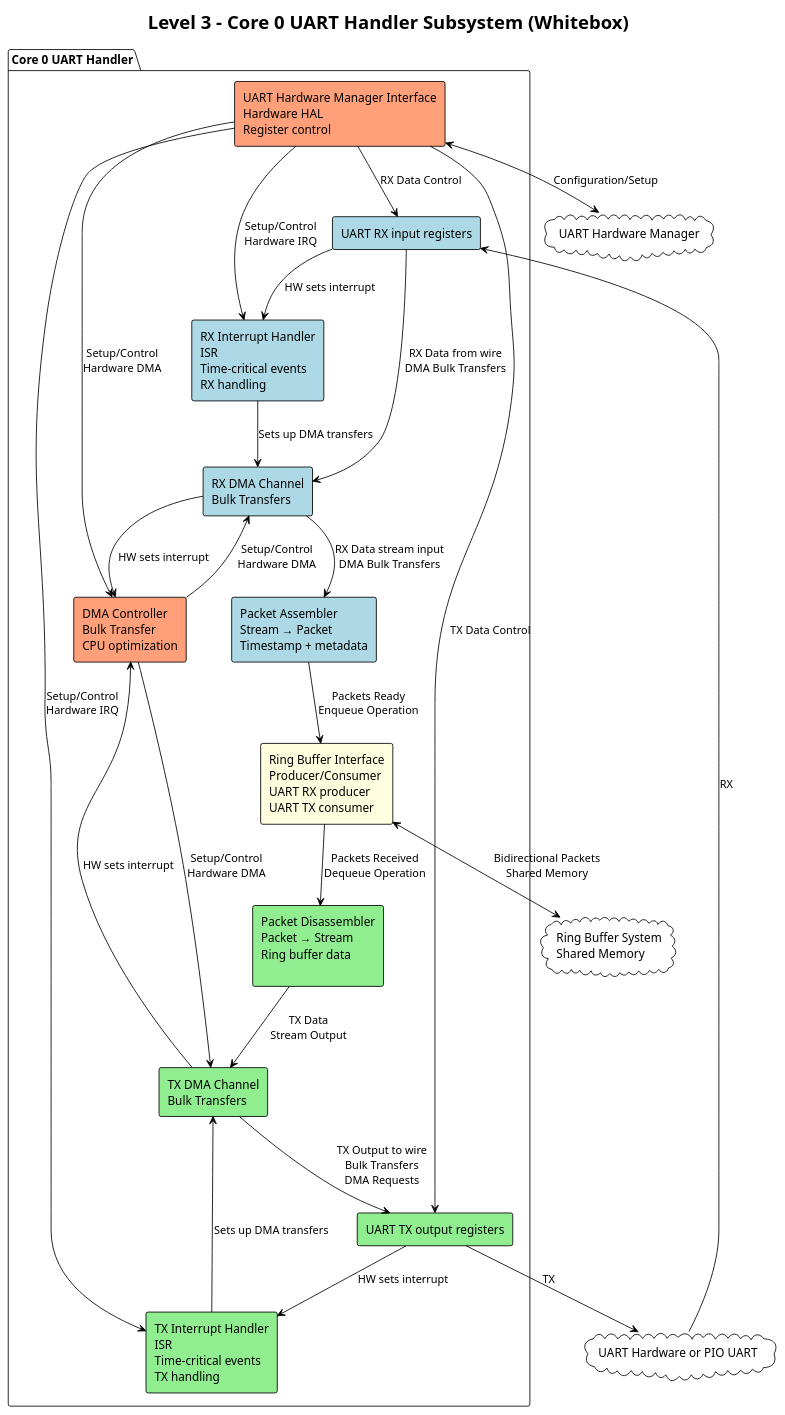
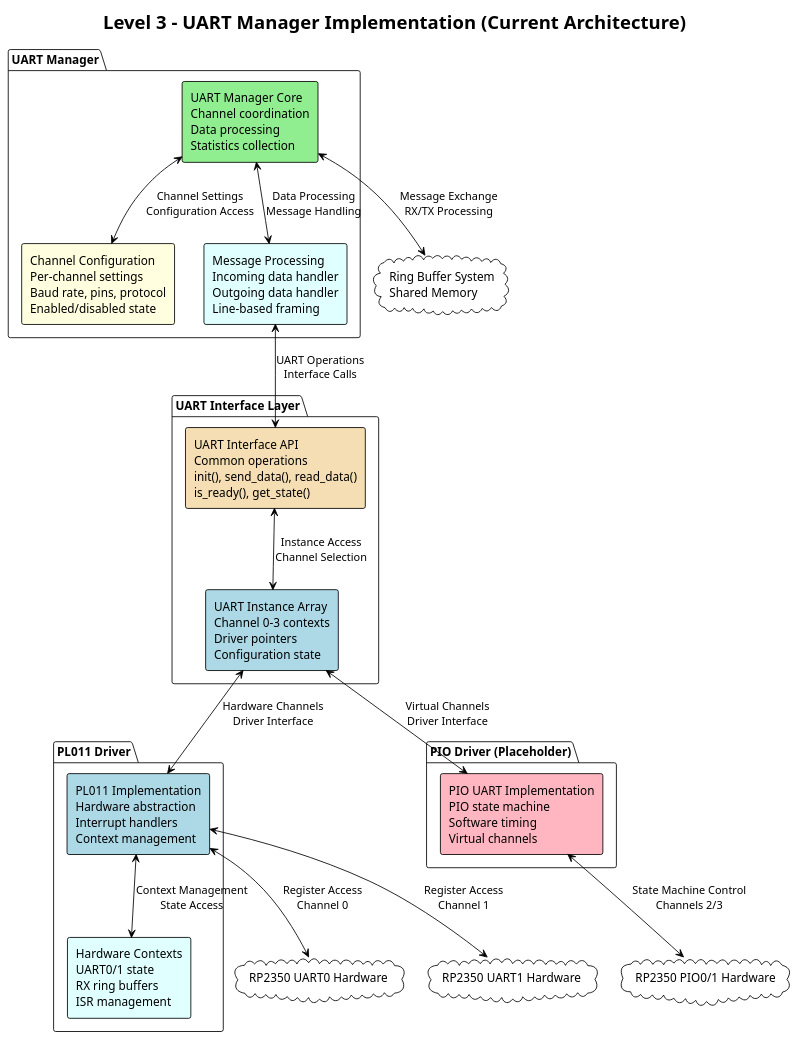
One commit to haxorsebb/UART2ETH changed diagram 11 of 17 in src/docs/arc42/chapters/05_building_block_view.adoc. Above: the diagram before and after it, drawn with PlantUML. The commit also changed other lines of this file, not shown here.

First line of the commit message:
Update arc42 documentation to reflect current UART Manager architecture

```diff
--- a/src/docs/arc42/chapters/05_building_block_view.adoc
+++ b/src/docs/arc42/chapters/05_building_block_view.adoc
@@ -1115,68 +1090,55 @@
-[plantuml, level3-core0-uart-internal, svg]
+[plantuml, level3-uart-manager-actual, svg]
 ----
 @startuml
 !theme plain
 skinparam backgroundColor transparent
 skinparam componentStyle rectangle
 
-title Level 3 - Core 0 UART Handler Subsystem (Whitebox)
+title Level 3 - UART Manager Implementation (Current Architecture)
 
-cloud "UART Hardware Manager" as UHM
 cloud "Ring Buffer System\nShared Memory" as RBS
-cloud "UART Hardware or PIO UART" as HW
+cloud "RP2350 UART0 Hardware" as UART0_HW
+cloud "RP2350 UART1 Hardware" as UART1_HW
+cloud "RP2350 PIO0/1 Hardware" as PIO_HW
 
-package "Core 0 UART Handler" {
-    component "UART Hardware Manager Interface\nHardware HAL\nRegister control" as UHMI #LightSalmon
+package "UART Manager" {
+    component "UART Manager Core\nChannel coordination\nData processing\nStatistics collection" as MGR_CORE #lightgreen
     
-    component "RX Interrupt Handler\nISR\nTime-critical events\nRX handling" as RXISR #LightBlue
-    component "TX Interrupt Handler\nISR\nTime-critical events\nTX handling" as TXISR #lightgreen
+    component "Channel Configuration\nPer-channel settings\nBaud rate, pins, protocol\nEnabled/disabled state" as CONFIG #lightyellow
     
-    component "DMA Controller\nBulk Transfer\nCPU optimization" as DMA #LightSalmon
+    component "Message Processing\nIncoming data handler\nOutgoing data handler\nLine-based framing" as MSG_PROC #lightcyan
+}
 
-    component "TX DMA Channel\nBulk Transfers" as TXDMA #lightgreen
-    component "RX DMA Channel\nBulk Transfers" as RXDMA #LightBlue
+package "UART Interface Layer" {
+    component "UART Interface API\nCommon operations\ninit(), send_data(), read_data()\nis_ready(), get_state()" as IF_API #wheat
     
-    component "Packet Assembler\nStream → Packet\nTimestamp + metadata" as PA #LightBlue
-    component "Packet Disassembler\nPacket → Stream\nRing buffer data\n" as PD #lightgreen
+    component "UART Instance Array\nChannel 0-3 contexts\nDriver pointers\nConfiguration state" as INSTANCES #lightblue
+}
+
+package "PL011 Driver" {
+    component "PL011 Implementation\nHardware abstraction\nInterrupt handlers\nContext management" as PL011_IMPL #lightblue
     
-    component "Ring Buffer Interface\nProducer/Consumer\nUART RX producer\nUART TX consumer" as RBI #lightyellow
+    component "Hardware Contexts\nUART0/1 state\nRX ring buffers\nISR management" as HW_CTX #lightcyan
+}
 
-    component "UART TX output registers" as OR #lightgreen
-    component "UART RX input registers" as IR #LightBlue
-    
+package "PIO Driver (Placeholder)" {
+    component "PIO UART Implementation\nPIO state machine\nSoftware timing\nVirtual channels" as PIO_IMPL #lightpink
 }
 
 ' External connections
-UHMI <--> UHM : Configuration/Setup
-RBI <--> RBS : Bidirectional Packets\nShared Memory
+MGR_CORE <--> RBS : Message Exchange\nRX/TX Processing
+PL011_IMPL <--> UART0_HW : Register Access\nChannel 0
+PL011_IMPL <--> UART1_HW : Register Access\nChannel 1
+PIO_IMPL <--> PIO_HW : State Machine Control\nChannels 2/3
 
 ' Internal connections
-UHMI --> TXISR : Setup/Control\nHardware IRQ
-UHMI --> RXISR : Setup/Control\nHardware IRQ
-UHMI --> DMA : Setup/Control\nHardware DMA
-DMA --> TXDMA : Setup/Control\nHardware DMA
-DMA --> RXDMA : Setup/Control\nHardware DMA
-
-UHMI --> IR : RX Data Control
-UHMI --> OR : TX Data Control
-PA --> RBI : Packets Ready\nEnqueue Operation
-RBI --> PD : Packets Received\nDequeue Operation
-PD --> TXDMA : TX Data\nStream Output
-TXDMA --> OR : TX Output to wire\nBulk Transfers\nDMA Requests
-IR --> RXDMA : RX Data from wire\nDMA Bulk Transfers
-RXDMA --> PA : RX Data stream input\nDMA Bulk Transfers
-
-HW --> IR : RX
-OR --> HW : TX
-
-OR --> TXISR : HW sets interrupt
-IR --> RXISR : HW sets interrupt
-
-TXISR --> TXDMA : Sets up DMA transfers
-RXISR --> RXDMA : Sets up DMA transfers
-
-TXDMA --> DMA : HW sets interrupt
-RXDMA --> DMA : HW sets interrupt
+MGR_CORE <--> CONFIG : Channel Settings\nConfiguration Access
+MGR_CORE <--> MSG_PROC : Data Processing\nMessage Handling
+MSG_PROC <--> IF_API : UART Operations\nInterface Calls
+IF_API <--> INSTANCES : Instance Access\nChannel Selection
+INSTANCES <--> PL011_IMPL : Hardware Channels\nDriver Interface
+INSTANCES <--> PIO_IMPL : Virtual Channels\nDriver Interface
+PL011_IMPL <--> HW_CTX : Context Management\nState Access
 
 @enduml
 ----
```
